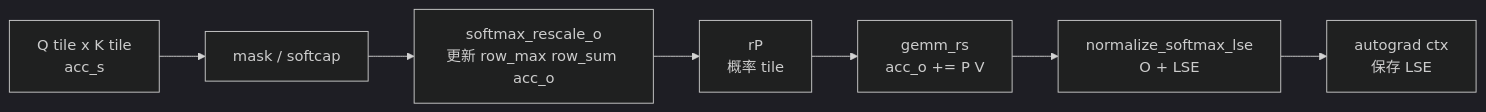
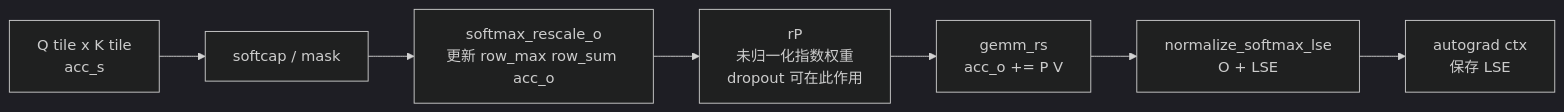
Before and after one commit to OnlyHero5/sglang-reading-vault: the diagram in flash-attn_reading/原理基础/Online-Softmax/FlashAttention-Online-Softmax-源码走读.md, drawn with Mermaid (dark theme). The commit also changed other lines of this file and 512 other files, not shown here.

````diff
--- a/flash-attn_reading/原理基础/Online-Softmax/FlashAttention-Online-Softmax-源码走读.md
+++ b/flash-attn_reading/原理基础/Online-Softmax/FlashAttention-Online-Softmax-源码走读.md
@@ -41,11 +41,11 @@
 ```mermaid
 flowchart LR
     QK["Q tile x K tile<br/>acc_s"]
-    MASK["mask / softcap"]
+    MASK["softcap / mask"]
     SOFT["softmax_rescale_o<br/>更新 row_max row_sum acc_o"]
-    P["rP<br/>概率 tile"]
+    P["rP<br/>未归一化指数权重<br/>dropout 可在此作用"]
     PV["gemm_rs<br/>acc_o += P V"]
     EPI["normalize_softmax_lse<br/>O + LSE"]
     CTX["autograd ctx<br/>保存 LSE"]
     QK --> MASK --> SOFT --> P --> PV --> EPI --> CTX
 ```
````
